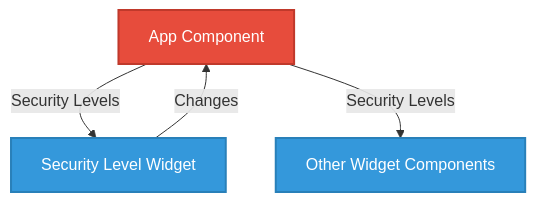
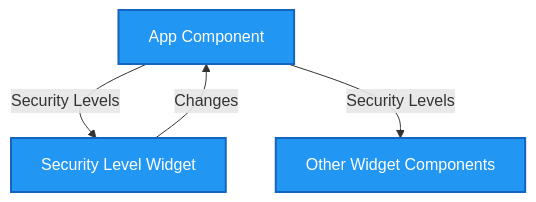
One commit to Hack23/cia-compliance-manager changed the fourth of 6 diagrams in docs/architecture/WIDGET_ANALYSIS.md. Above: the diagram before and after it, drawn with Mermaid. The commit also changed other lines of this file and 18 other files, not shown here.

First line of the commit message:
style: update all classDef colors to ISMS style guide palette and fix quadrant charts

````diff
--- a/docs/architecture/WIDGET_ANALYSIS.md
+++ b/docs/architecture/WIDGET_ANALYSIS.md
@@ -259,12 +259,12 @@
 ```mermaid
 flowchart TD
     App[App Component] -->|Security Levels| SLW[Security Level Widget]
     SLW -->|Changes| App
     App -->|Security Levels| OtherWidgets[Other Widget Components]
     
-    classDef app fill:#e74c3c,stroke:#c0392b,stroke-width:2px,color:white
-    classDef widget fill:#3498db,stroke:#2980b9,stroke-width:2px,color:white
+    classDef app fill:#2196F3,stroke:#1565C0,stroke-width:2px,color:#ffffff
+    classDef widget fill:#2196F3,stroke:#1565C0,stroke-width:2px,color:#ffffff
     
     class App app
     class SLW,OtherWidgets widget
 ```
````
